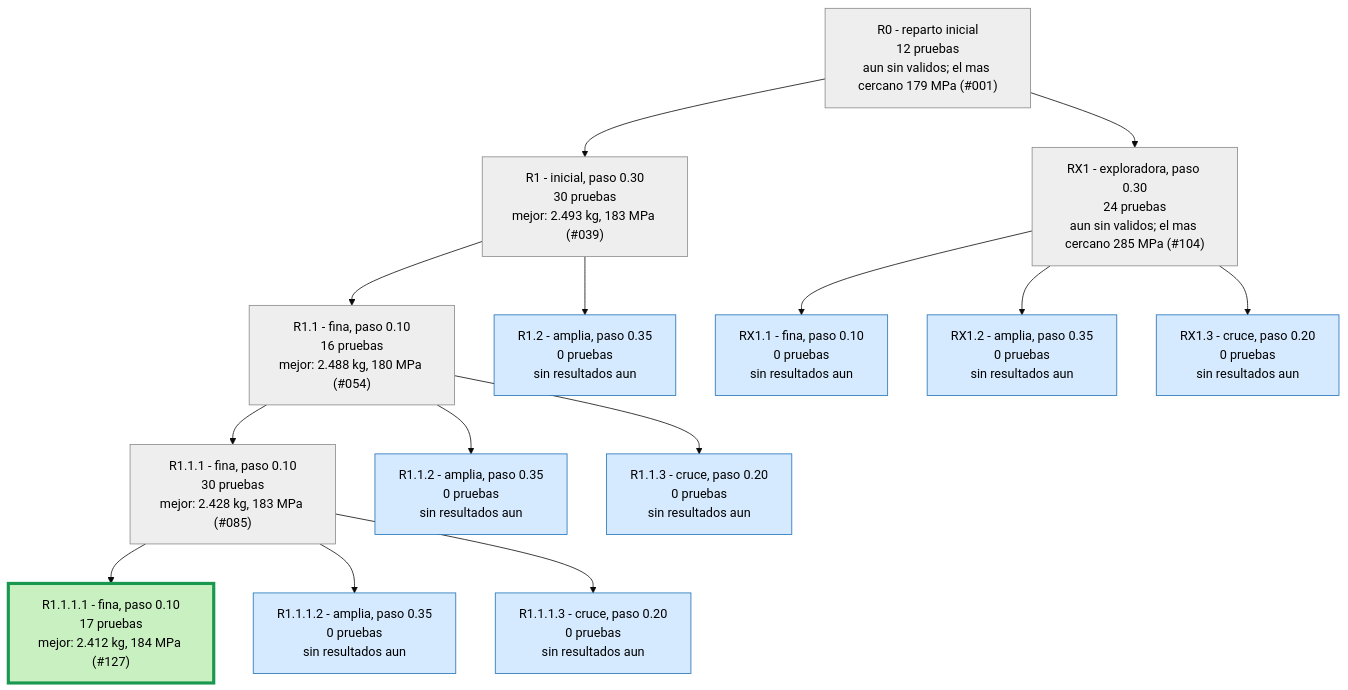
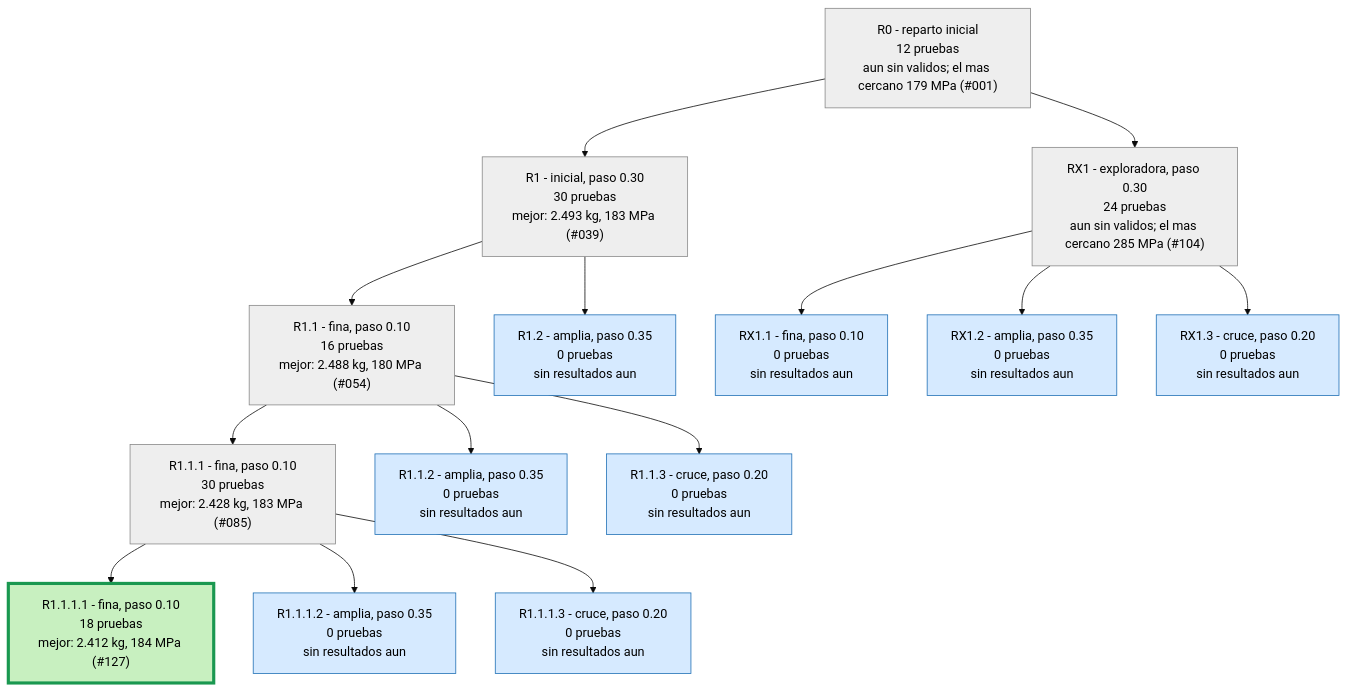
Before and after one commit to Hugiko/msd-soporte-optimizacion: the second of 3 diagrams in runs/opt_37800N/ARBOL.md, drawn with Mermaid (base theme). The commit also changed 25 other files, not shown here.

````diff
--- a/runs/opt_37800N/ARBOL.md
+++ b/runs/opt_37800N/ARBOL.md
@@ -29,33 +29,33 @@
 ```mermaid
 graph TD
 classDef activa fill:#d6eaff,stroke:#1f6fb5,color:#000
 classDef fin fill:#eeeeee,stroke:#888,color:#000
 classDef mejor fill:#c8f0c0,stroke:#1a9850,stroke-width:4px,color:#000
 R0["R0 - reparto inicial<br/>12 pruebas<br/>aun sin validos; el mas cercano 179 MPa (#001)"]:::fin
 R1["R1 - inicial, paso 0.30<br/>30 pruebas<br/>mejor: 2.493 kg, 183 MPa (#039)"]:::fin
 R0 --> R1
 R1_1["R1.1 - fina, paso 0.10<br/>16 pruebas<br/>mejor: 2.488 kg, 180 MPa (#054)"]:::fin
 R1 --> R1_1
 R1_2["R1.2 - amplia, paso 0.35<br/>0 pruebas<br/>sin resultados aun"]:::activa
 R1 --> R1_2
 R1_1_1["R1.1.1 - fina, paso 0.10<br/>30 pruebas<br/>mejor: 2.428 kg, 183 MPa (#085)"]:::fin
 R1_1 --> R1_1_1
 R1_1_2["R1.1.2 - amplia, paso 0.35<br/>0 pruebas<br/>sin resultados aun"]:::activa
 R1_1 --> R1_1_2
 R1_1_3["R1.1.3 - cruce, paso 0.20<br/>0 pruebas<br/>sin resultados aun"]:::activa
 R1_1 --> R1_1_3
-R1_1_1_1["R1.1.1.1 - fina, paso 0.10<br/>17 pruebas<br/>mejor: 2.412 kg, 184 MPa (#127)"]:::mejor
+R1_1_1_1["R1.1.1.1 - fina, paso 0.10<br/>18 pruebas<br/>mejor: 2.412 kg, 184 MPa (#127)"]:::mejor
 R1_1_1 --> R1_1_1_1
 R1_1_1_2["R1.1.1.2 - amplia, paso 0.35<br/>0 pruebas<br/>sin resultados aun"]:::activa
 R1_1_1 --> R1_1_1_2
 R1_1_1_3["R1.1.1.3 - cruce, paso 0.20<br/>0 pruebas<br/>sin resultados aun"]:::activa
 R1_1_1 --> R1_1_1_3
 RX1["RX1 - exploradora, paso 0.30<br/>24 pruebas<br/>aun sin validos; el mas cercano 285 MPa (#104)"]:::fin
 R0 --> RX1
 RX1_1["RX1.1 - fina, paso 0.10<br/>0 pruebas<br/>sin resultados aun"]:::activa
 RX1 --> RX1_1
 RX1_2["RX1.2 - amplia, paso 0.35<br/>0 pruebas<br/>sin resultados aun"]:::activa
 RX1 --> RX1_2
 RX1_3["RX1.3 - cruce, paso 0.20<br/>0 pruebas<br/>sin resultados aun"]:::activa
 RX1 --> RX1_3
 ```
````
